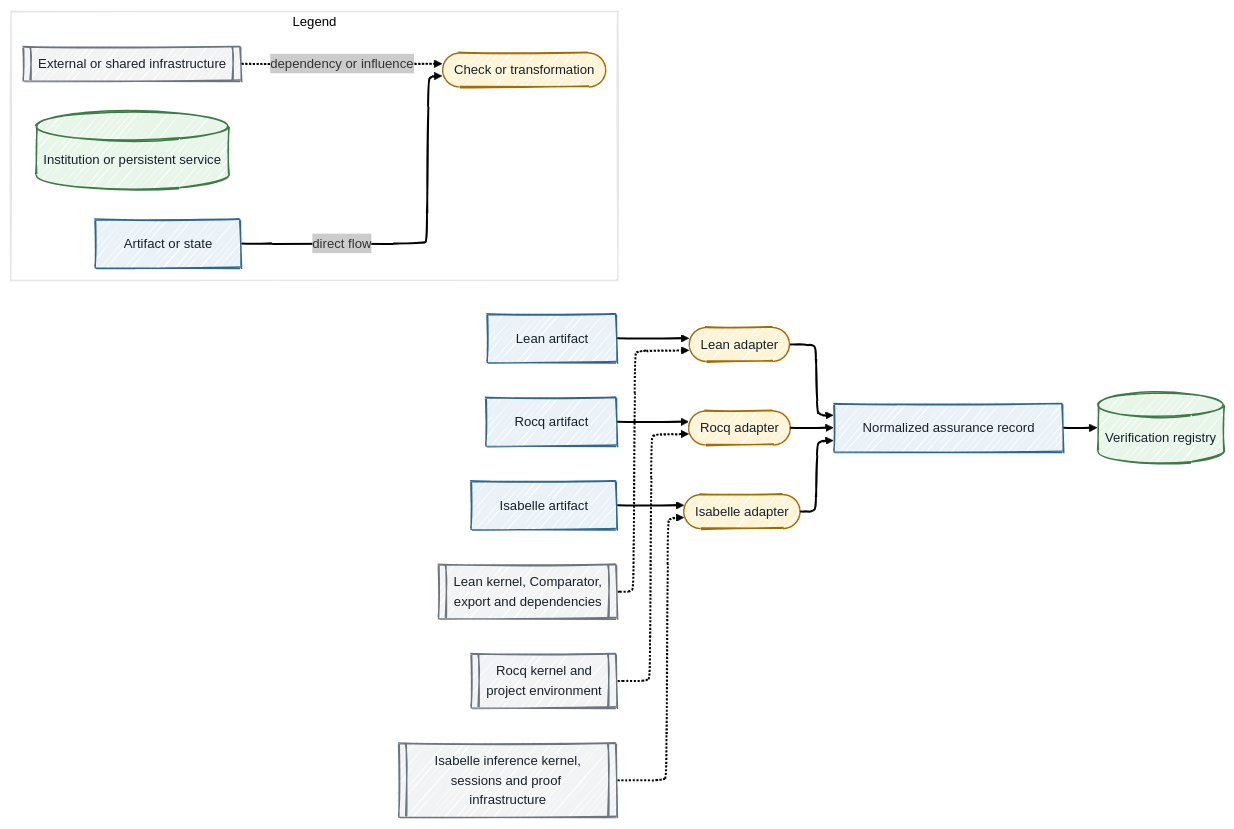
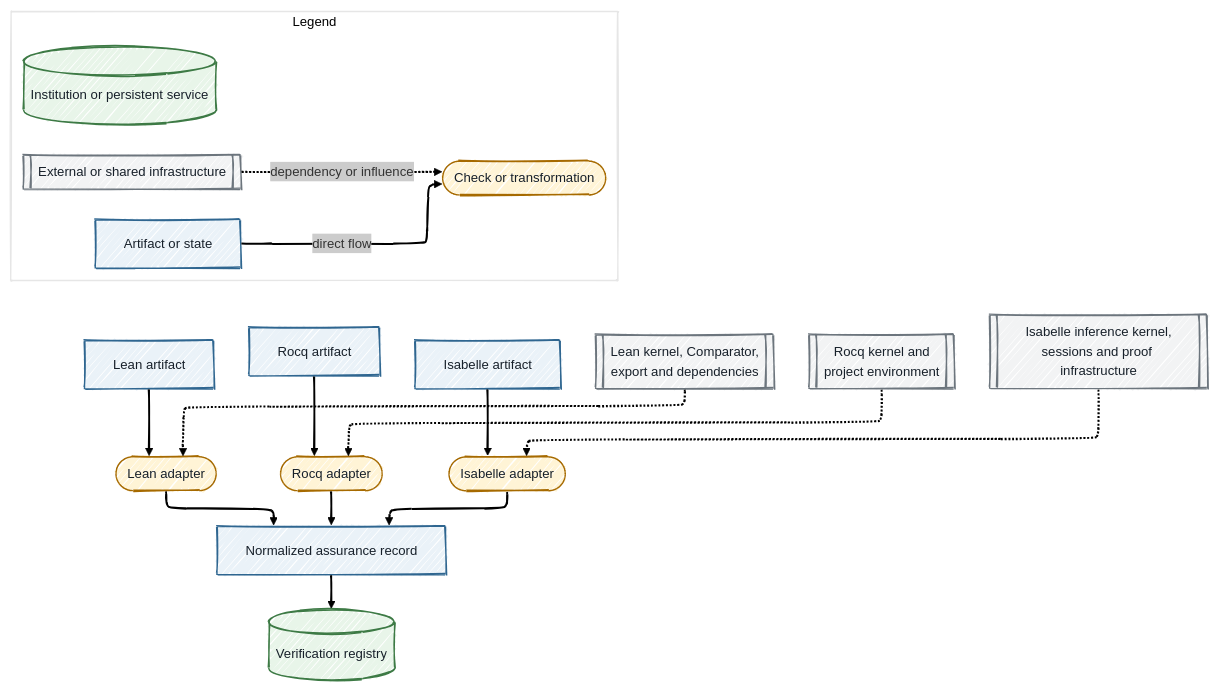
One commit to antomon/antomon.github.io changed the eighth of 11 diagrams in posts/after-proof-abundance-palomar-and-the-new-infrastructure-of-mathematical-trust/index.qmd. Above: the diagram before and after it, drawn with Mermaid. The commit also changed other lines of this file and 94 other files, not shown here.

````diff
--- a/posts/after-proof-abundance-palomar-and-the-new-infrastructure-of-mathematical-trust/index.qmd
+++ b/posts/after-proof-abundance-palomar-and-the-new-infrastructure-of-mathematical-trust/index.qmd
@@ -564,32 +594,36 @@
 ```{mermaid}
 %%| label: fig-after-proof-abundance-palomar-and-the-new-infrastructure-of-mathematical-trust-cross-prover-assurance
 %%| fig-cap: 'Proof-assistant-specific adapters can preserve common assurance semantics without imposing one common foundational logic.'
 %%| fig-alt: 'Lean, Rocq, and Isabelle artifacts pass through ecosystem-specific adapters. Each adapter protects the statement, invokes native validation, reports dependencies and trust assumptions, and renders an inspectable result before producing a normalized assurance record consumed by a verification registry. Each adapter depends on its own prover-specific external infrastructure. A legend identifies diagram conventions.'
 %%| fig-align: center
 %%{init: {"theme": "neo", "look": "handDrawn", "layout": "elk"}}%%
-flowchart LR
+flowchart TD
     L[Lean artifact]:::artifact --> LA([Lean adapter]):::process
     R[Rocq artifact]:::artifact --> RA([Rocq adapter]):::process
     I[Isabelle artifact]:::artifact --> IA([Isabelle adapter]):::process
 
     LA --> C[Normalized assurance record]:::artifact
     RA --> C
     IA --> C
 
     C --> REG[(Verification registry)]:::institution
 
     LP[[Lean kernel, Comparator,<br/>export and dependencies]]:::external -.-> LA
     RP[[Rocq kernel and<br/>project environment]]:::external -.-> RA
     IP[[Isabelle inference kernel,<br/>sessions and proof infrastructure]]:::external -.-> IA
 
     subgraph LEG[Legend]
+        direction LR
+
         LG1[Artifact or state]:::artifact -->|direct flow| LG2([Check or transformation]):::process
         LG3[(Institution or persistent service)]:::institution
         LG4[[External or shared infrastructure]]:::external -.->|dependency or influence| LG2
     end
+
+    LEG ~~~ R
 
     classDef artifact fill:#EAF2F8,stroke:#2F6690,color:#17202A,stroke-width:1.5px
     classDef process fill:#FFF4D6,stroke:#A66A00,color:#17202A,stroke-width:1.5px
     classDef institution fill:#E8F5E9,stroke:#3D7A45,color:#17202A,stroke-width:1.5px
     classDef external fill:#F2F3F4,stroke:#6C757D,color:#17202A,stroke-width:1.5px
 ```
````
